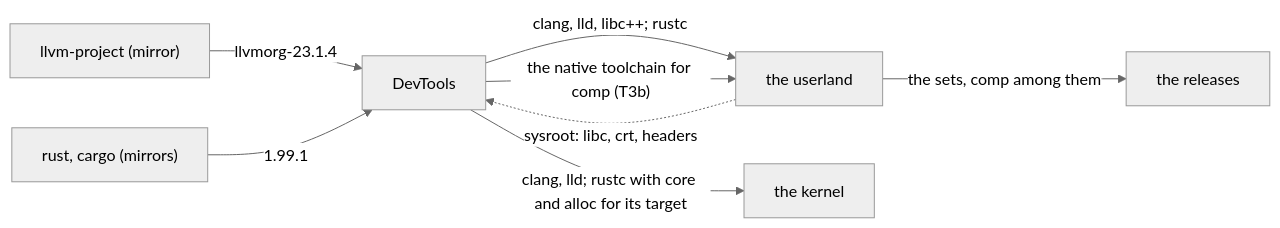
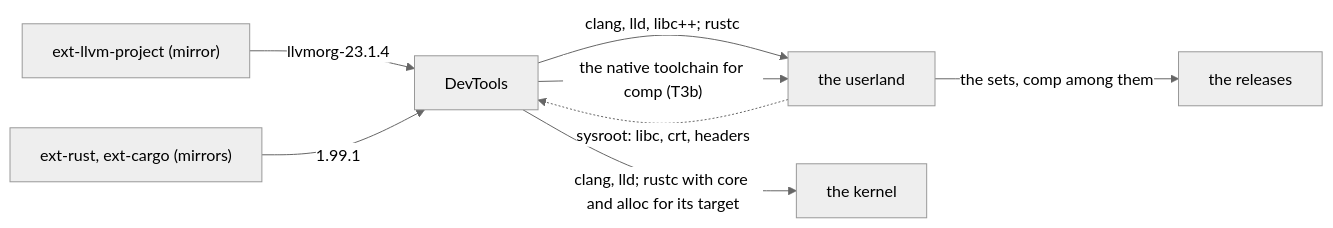
The diagram in README.md (EmiBSD/DevTools), drawn with Mermaid (neutral theme) before and after one commit. The commit also changed other lines of this file and 11 other files, not shown here.

````diff
--- a/README.md
+++ b/README.md
@@ -53,10 +55,10 @@
 ```mermaid
 flowchart LR
-    llvm["llvm-project (mirror)"] -- "llvmorg-23.1.4" --> dev["DevTools"]
-    rust["rust, cargo (mirrors)"] -- "1.99.1" --> dev
+    llvm["ext-llvm-project (mirror)"] -- "llvmorg-23.1.4" --> dev["DevTools"]
+    rust["ext-rust, ext-cargo (mirrors)"] -- "1.99.1" --> dev
     dev -- "clang, lld, libc++; rustc" --> ul["the userland"]
     dev -- "clang, lld; rustc with core and alloc for its target" --> k["the kernel"]
     dev -- "the native toolchain for comp (T3b)" --> ul
     ul -- "the sets, comp among them" --> os["the releases"]
     ul -. "sysroot: libc, crt, headers" .-> dev
 ```
````
